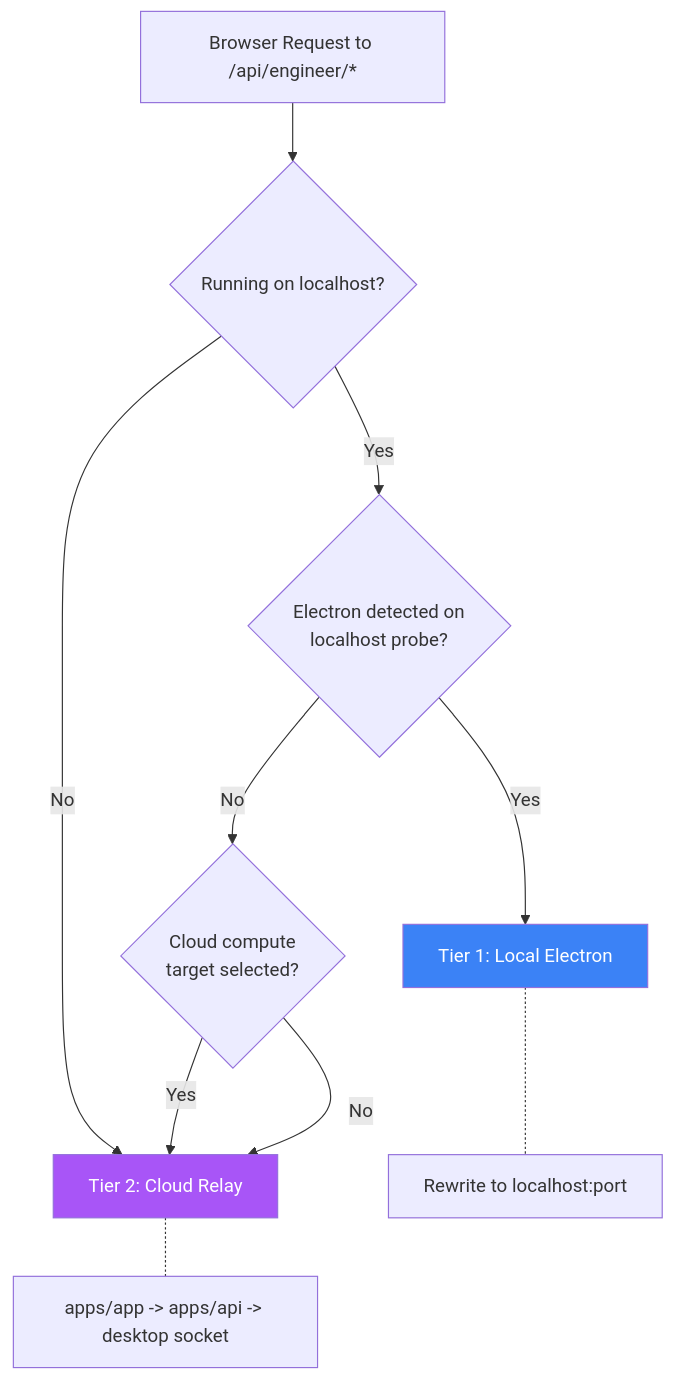
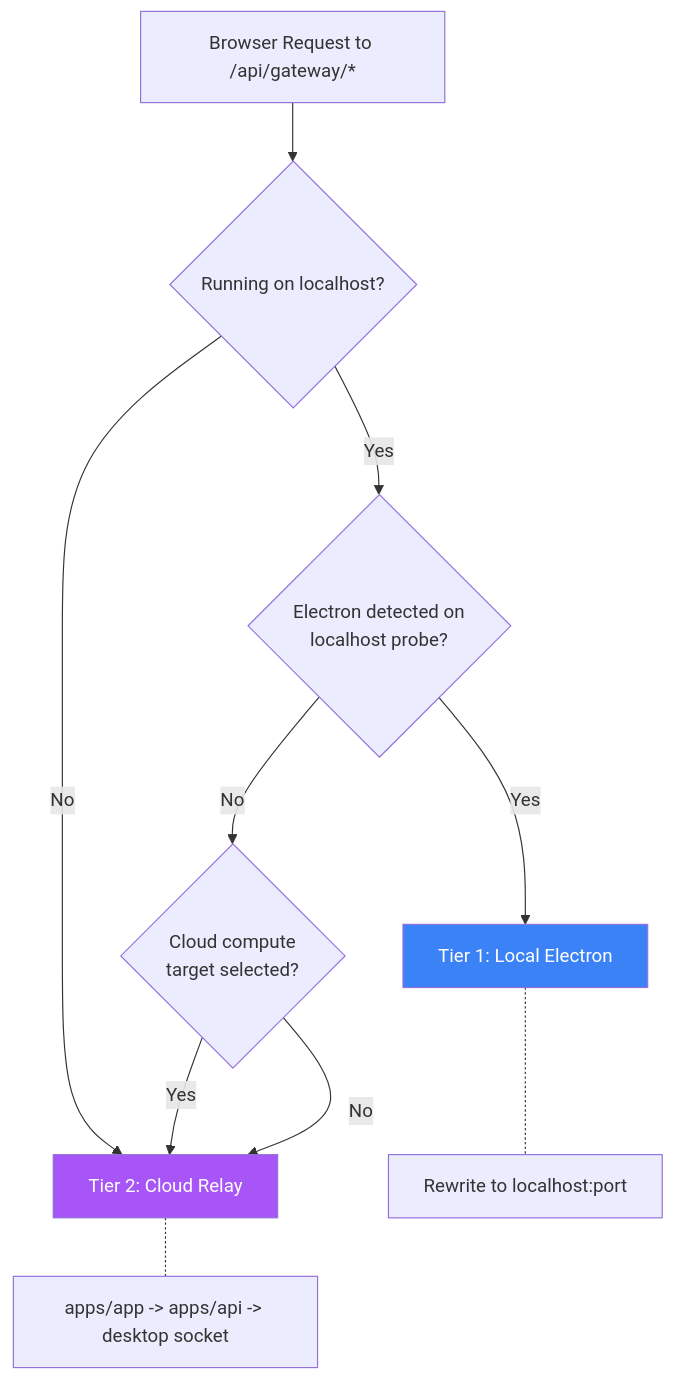
One commit to closedloop-ai/closedloop-ai changed the first of 6 diagrams in docs/artifacts/relay-architecture.md. Above: the diagram before and after it, drawn with Mermaid. The commit also changed other lines of this file and 191 other files, not shown here.

First line of the commit message:
PLN-252: Rename /api/engineer to /api/gateway

````diff
--- a/docs/artifacts/relay-architecture.md
+++ b/docs/artifacts/relay-architecture.md
@@ -36,19 +36,19 @@
 ```mermaid
 graph TD
-    REQ["Browser Request to /api/engineer/*"] --> CHK_HOST{Running on localhost?}
+    REQ["Browser Request to /api/gateway/*"] --> CHK_HOST{Running on localhost?}
 
     CHK_HOST -->|No| T2["Tier 2: Cloud Relay"]
     CHK_HOST -->|Yes| CHK_ELEC{Electron detected on<br/>localhost probe?}
 
     CHK_ELEC -->|Yes| T1["Tier 1: Local Electron"]
     CHK_ELEC -->|No| CHK_TARGET{Cloud compute<br/>target selected?}
 
     CHK_TARGET -->|Yes| T2
     CHK_TARGET -->|No| T2
 
     T1 -.- T1D["Rewrite to localhost:port"]
     T2 -.- T2D["apps/app -> apps/api -> desktop socket"]
 
     style T1 fill:#3b82f6,color:#fff
     style T2 fill:#a855f7,color:#fff
 ```
````
